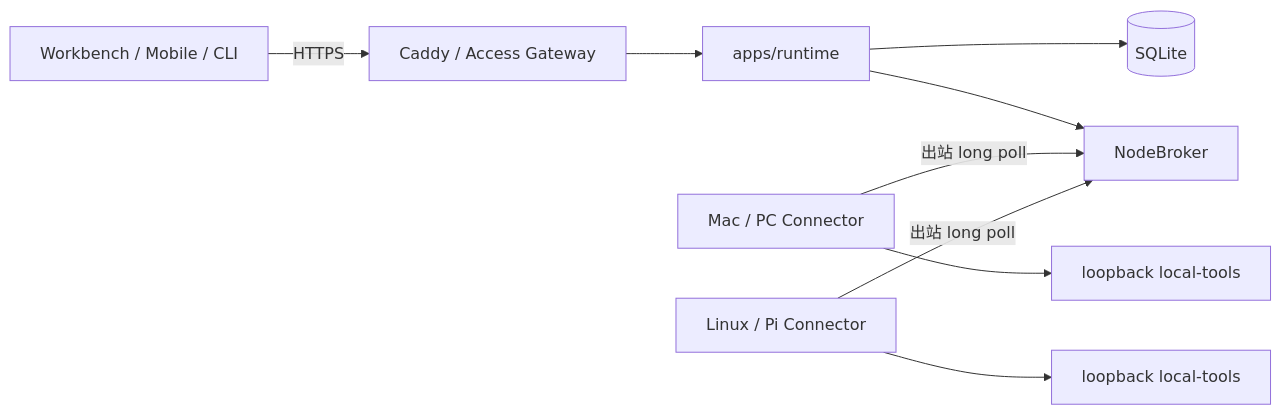
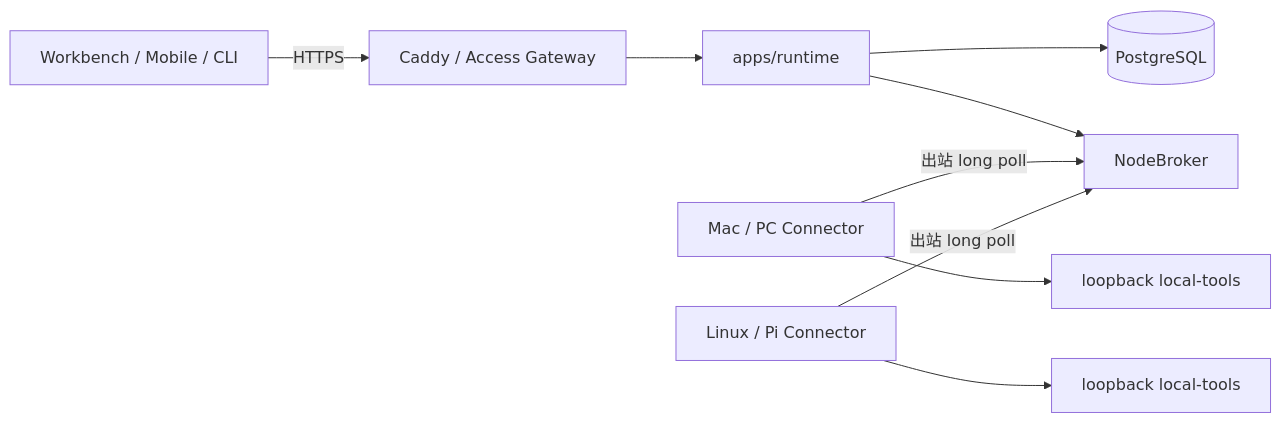
Before and after one commit to zioon-tech/zioon: the first of 4 diagrams in docs/architecture/NODE-CONTROL-PLANE-ROADMAP.md, drawn with Mermaid. The commit also changed other lines of this file and 293 other files, not shown here.

````diff
--- a/docs/architecture/NODE-CONTROL-PLANE-ROADMAP.md
+++ b/docs/architecture/NODE-CONTROL-PLANE-ROADMAP.md
@@ -68,11 +68,11 @@
 ```mermaid
 flowchart LR
   C["Workbench / Mobile / CLI"] -->|HTTPS| G["Caddy / Access Gateway"]
   G --> R["apps/runtime"]
-  R --> DB[("SQLite")]
+  R --> DB[("PostgreSQL")]
   R --> B["NodeBroker"]
   N1["Mac / PC Connector"] -->|出站 long poll| B
   N2["Linux / Pi Connector"] -->|出站 long poll| B
   N1 --> L1["loopback local-tools"]
   N2 --> L2["loopback local-tools"]
 ```
````
